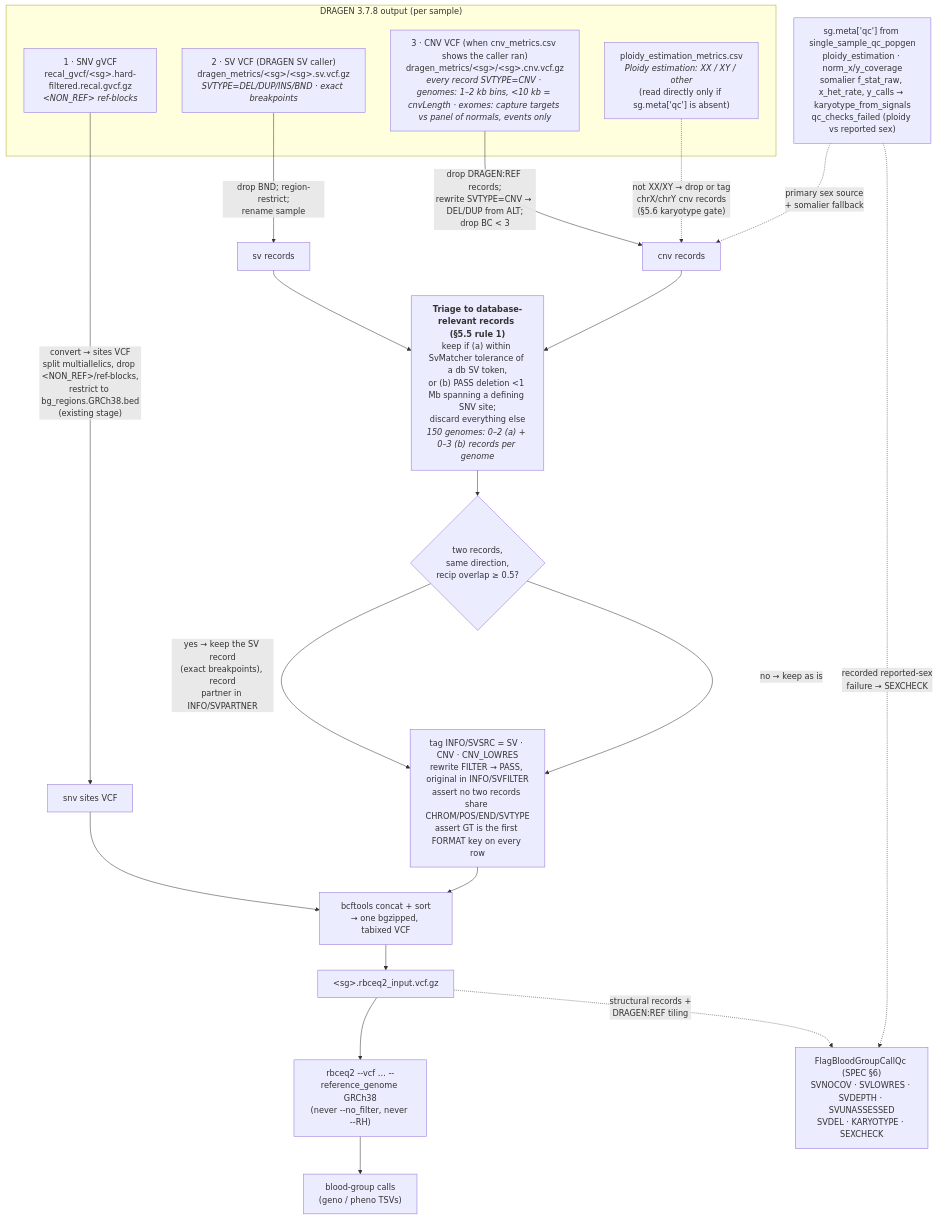
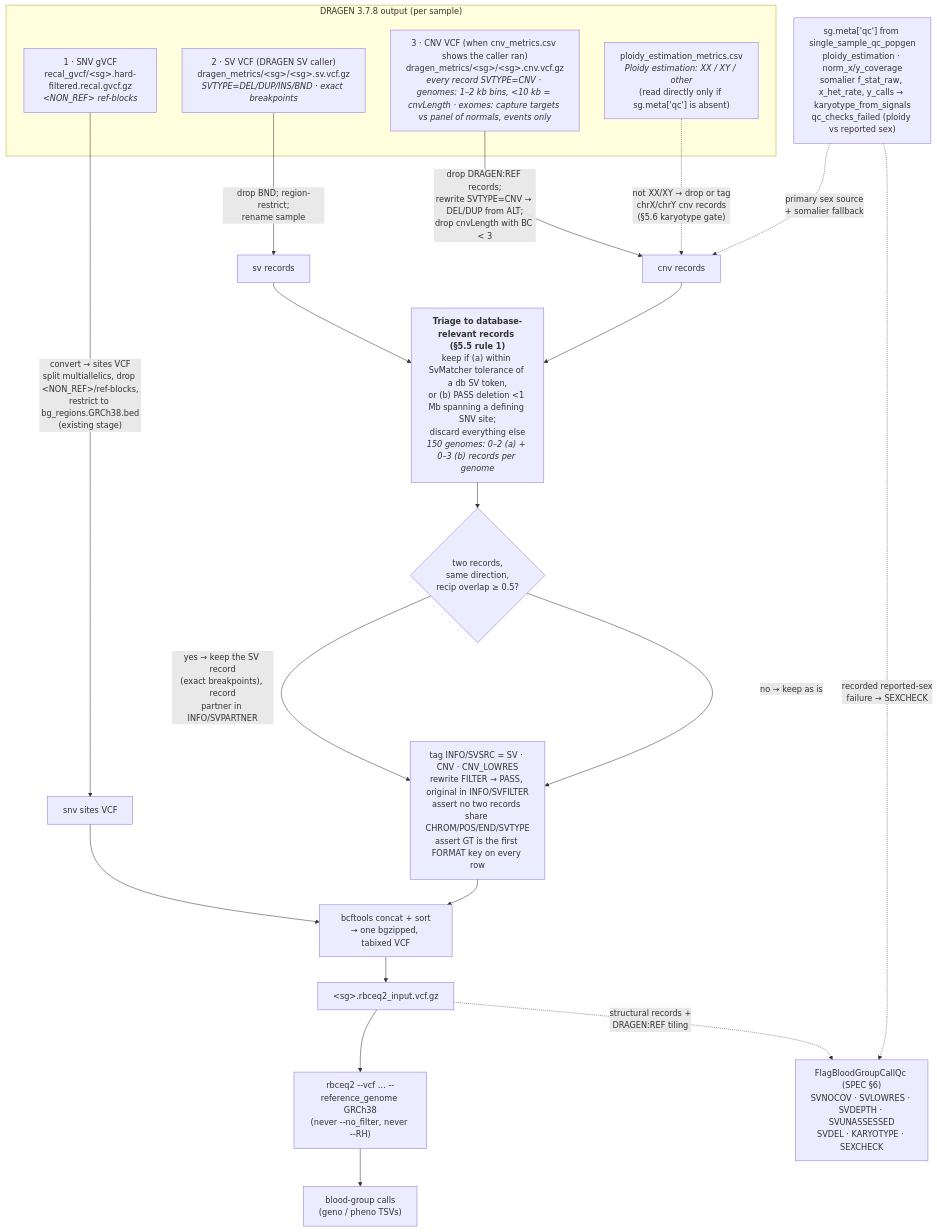
One commit to populationgenomics/popgen_rbceq2 changed the diagram in docs/rbceq2_cnv_sv/research/dragen_three_source_merge.md. Above: the diagram before and after it, drawn with Mermaid. The commit also changed other lines of this file and 2 other files, not shown here.

Commit message:
Clarity pass on the CNV/SV research notes with no design change: lead the study note with its current findings rather than the superseded size-split answer, mark what the SPEC has since decided in the July notes, drop the SAMPLE_A label and one sample's karyotype, and remove the em dashes and emoji

````diff
--- a/docs/rbceq2_cnv_sv/research/dragen_three_source_merge.md
+++ b/docs/rbceq2_cnv_sv/research/dragen_three_source_merge.md
@@ -137,34 +121,34 @@
 ```mermaid
 flowchart TD
     subgraph DRAGEN["DRAGEN 3.7.8 output (per sample)"]
         GVCF["1 · SNV gVCF<br/>recal_gvcf/&lt;sg&gt;.hard-filtered.recal.gvcf.gz<br/><i>&lt;NON_REF&gt; ref-blocks</i>"]
         SV["2 · SV VCF (DRAGEN SV caller)<br/>dragen_metrics/&lt;sg&gt;/&lt;sg&gt;.sv.vcf.gz<br/><i>SVTYPE=DEL/DUP/INS/BND · exact breakpoints</i>"]
         CNV["3 · CNV VCF (when cnv_metrics.csv shows the caller ran)<br/>dragen_metrics/&lt;sg&gt;/&lt;sg&gt;.cnv.vcf.gz<br/><i>every record SVTYPE=CNV · genomes: 1–2 kb bins, &lt;10 kb = cnvLength · exomes: capture targets vs panel of normals, events only</i>"]
         PLOIDY["ploidy_estimation_metrics.csv<br/><i>Ploidy estimation: XX / XY / other</i><br/>(read directly only if sg.meta['qc'] is absent)"]
     end
     SEX["sg.meta['qc'] from single_sample_qc_popgen<br/>ploidy_estimation · norm_x/y_coverage<br/>somalier f_stat_raw, x_het_rate, y_calls → karyotype_from_signals<br/>qc_checks_failed (ploidy vs reported sex)"]
     SEX -.->|"primary sex source<br/>+ somalier fallback"| CNVv
     SEX -.->|"recorded reported-sex<br/>failure → SEXCHECK"| QC
 
     GVCF -->|"convert → sites VCF<br/>split multiallelics, drop &lt;NON_REF&gt;/ref-blocks,<br/>restrict to bg_regions.GRCh38.bed<br/>(existing stage)"| SNVv["snv sites VCF"]
     SV -->|"drop BND; region-restrict;<br/>rename sample"| SVv["sv records"]
-    CNV -->|"drop DRAGEN:REF records;<br/>rewrite SVTYPE=CNV → DEL/DUP from ALT;<br/>drop BC &lt; 3"| CNVv["cnv records"]
+    CNV -->|"drop DRAGEN:REF records;<br/>rewrite SVTYPE=CNV → DEL/DUP from ALT;<br/>drop cnvLength with BC &lt; 3"| CNVv["cnv records"]
     PLOIDY -.->|"not XX/XY → drop or tag<br/>chrX/chrY cnv records<br/>(§5.6 karyotype gate)"| CNVv
 
     SVv --> TRIAGE
     CNVv --> TRIAGE
     TRIAGE["<b>Triage to database-relevant records (§5.5 rule 1)</b><br/>keep if (a) within SvMatcher tolerance of a db SV token,<br/>or (b) PASS deletion &lt;1 Mb spanning a defining SNV site;<br/>discard everything else<br/><i>150 genomes: 0–2 (a) + 0–3 (b) records per genome</i>"]
 
     TRIAGE --> ONE{"two records,<br/>same direction,<br/>recip overlap ≥ 0.5?"}
     ONE -->|"yes → keep the SV record<br/>(exact breakpoints), record<br/>partner in INFO/SVPARTNER"| TAG
     ONE -->|"no → keep as is"| TAG
     TAG["tag INFO/SVSRC = SV · CNV · CNV_LOWRES<br/>rewrite FILTER → PASS, original in INFO/SVFILTER<br/>assert no two records share CHROM/POS/END/SVTYPE<br/>assert GT is the first FORMAT key on every row"]
 
     SNVv --> MERGE["bcftools concat + sort<br/>→ one bgzipped, tabixed VCF"]
     TAG --> MERGE
     MERGE --> VCF["&lt;sg&gt;.rbceq2_input.vcf.gz"]
 
     VCF --> RBC["rbceq2 --vcf … --reference_genome GRCh38<br/>(never --no_filter, never --RH)"]
     RBC --> OUT["blood-group calls<br/>(geno / pheno TSVs)"]
     VCF -.->|"structural records +<br/>DRAGEN:REF tiling"| QC["FlagBloodGroupCallQc (SPEC §6)<br/>SVNOCOV · SVLOWRES · SVDEPTH · SVUNASSESSED<br/>SVDEL · KARYOTYPE · SEXCHECK"]
 ```
````
